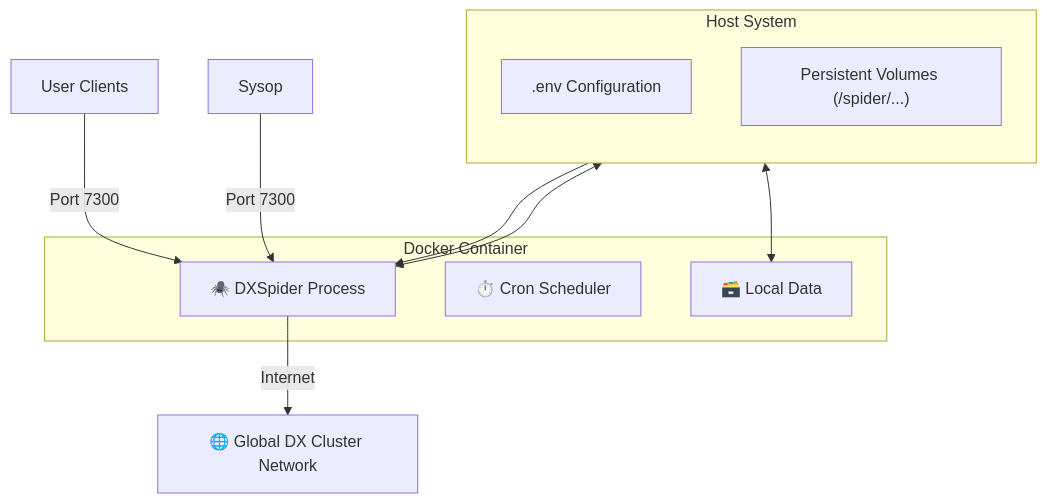
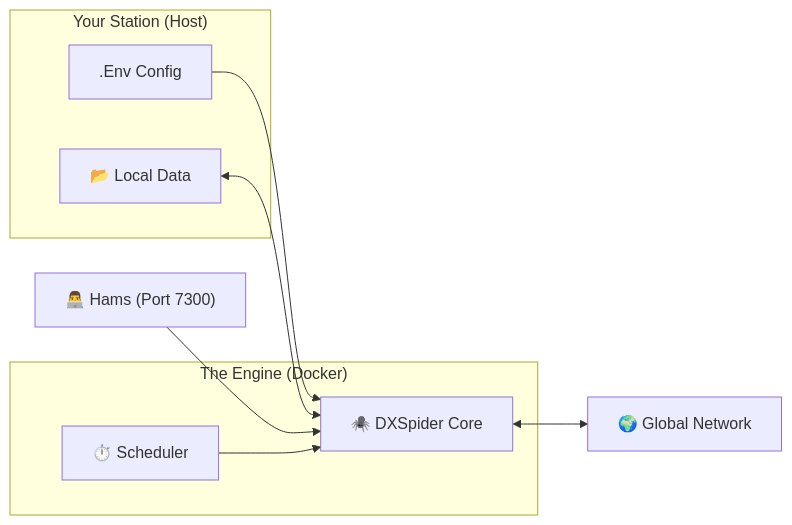
One commit to 9M2PJU/9M2PJU-DXSpider-Docker changed the diagram in README.md. Above: the diagram before and after it, drawn with Mermaid. The commit also changed other lines of this file and 1 other file, not shown here.

````diff
--- a/README.md
+++ b/README.md
@@ -50,22 +59,21 @@
 ```mermaid
-graph TD
-    subgraph "Host System"
-        direction TB
-        Config[".env Configuration"]
-        Volumes["Persistent Volumes (/spider/...)"]
+graph LR
+    subgraph "Your Station (Host)"
+        Config[".Env Config"]
+        Data["📂 Local Data"]
     end
 
-    subgraph "Docker Container"
-        DXSpider["🕷️ DXSpider Process"]
-        Cron["⏱️ Cron Scheduler"]
-        DB["🗃️ Local Data"]
+    subgraph "The Engine (Docker)"
+        DXSpider["🕷️ DXSpider Core"]
+        Cron["⏱️ Scheduler"]
     end
+    
+    World["🌍 Global Network"]
+    Users["👨‍💻 Hams (Port 7300)"]
 
-    UserClients["User Clients"] -- Port 7300 --> DXSpider
-    Sysop -- Port 7300 --> DXSpider
-    DXSpider -- Internet --> GlobalCluster["🌐 Global DX Cluster Network"]
-    
     Config --> DXSpider
-    Volumes <--> DB
-    Volumes <--> DXSpider
+    Data <--> DXSpider
+    DXSpider <--> World
+    Users --> DXSpider
+    Cron --> DXSpider
 ```
````
